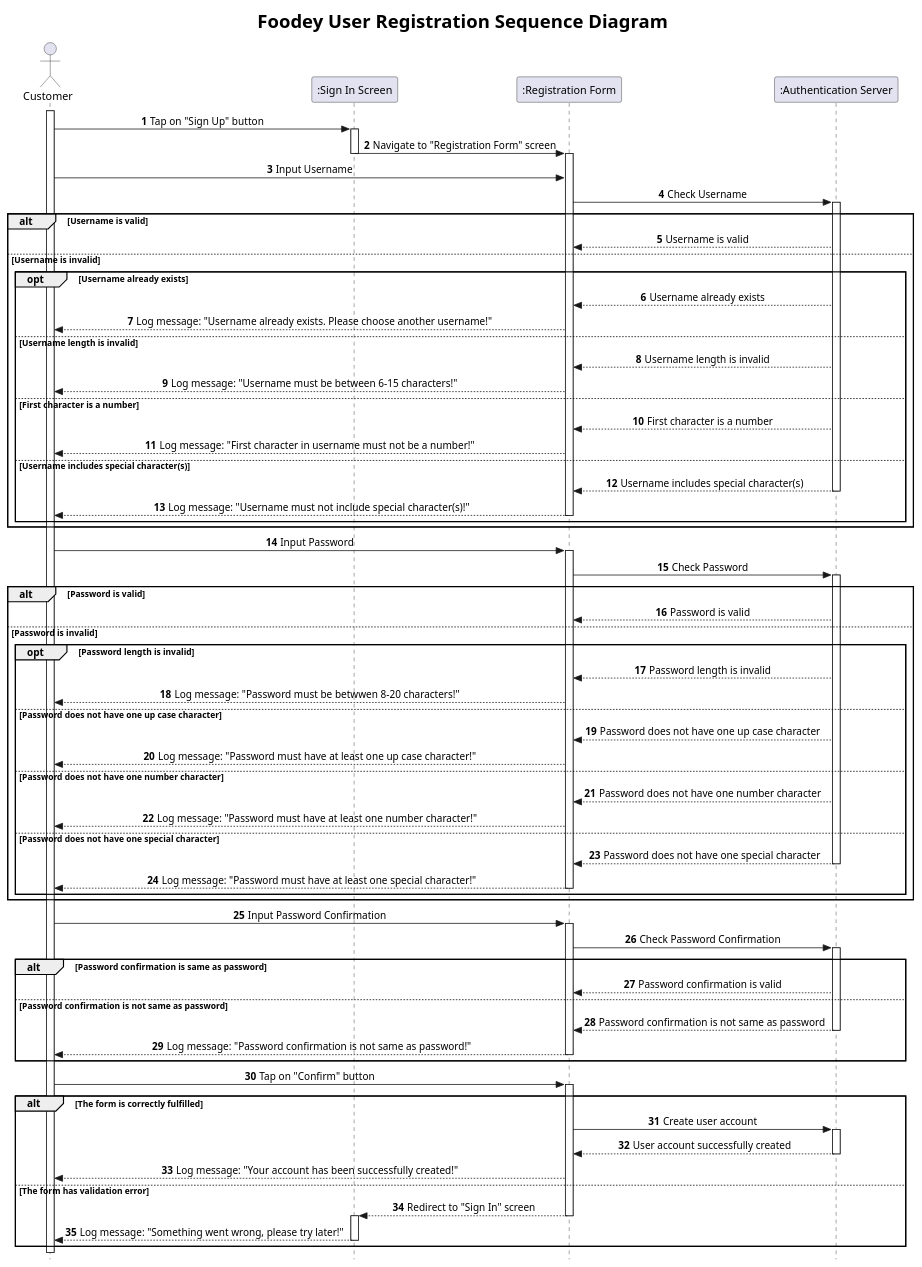
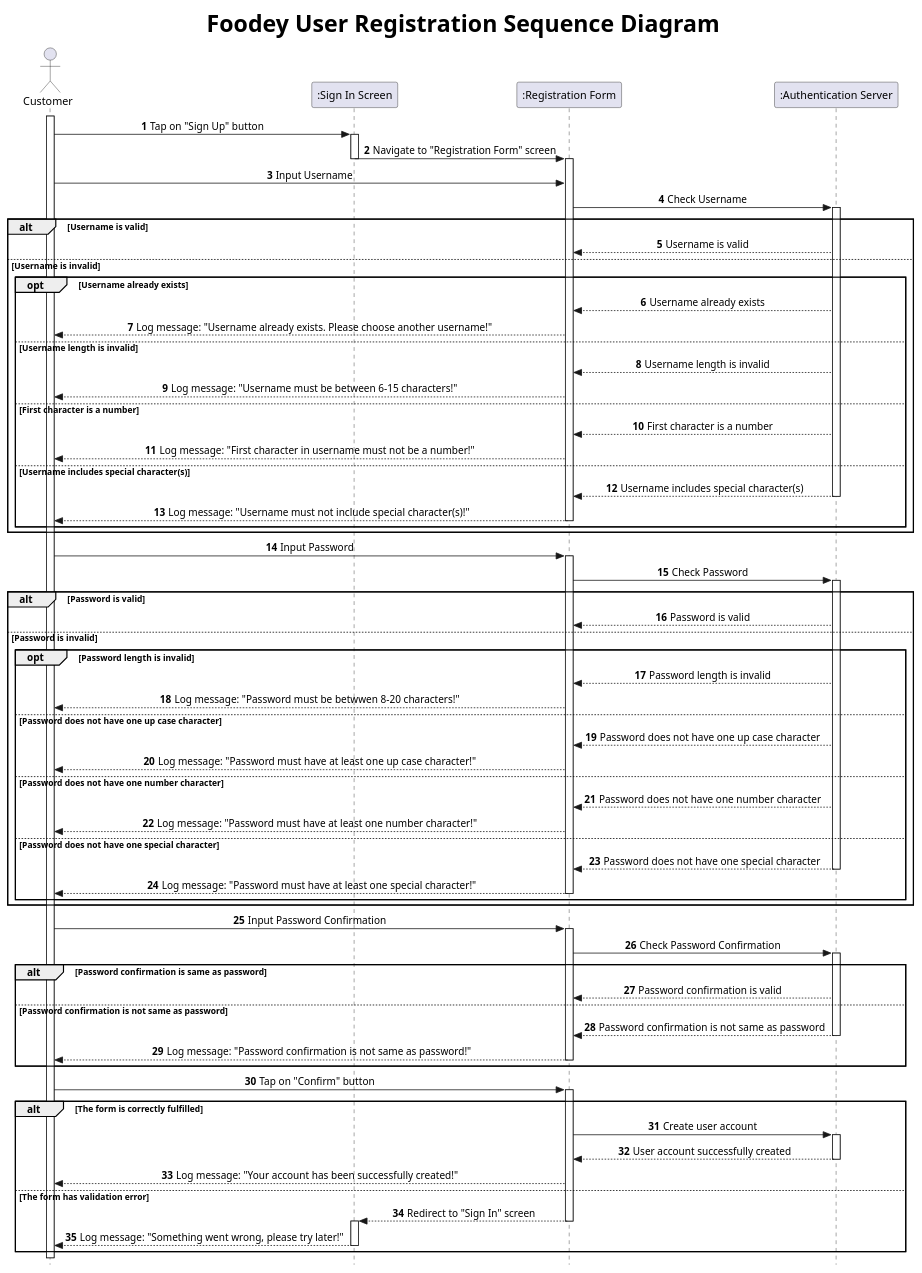
One commit to ledoantantri/SE357-Pratice-class changed the diagram in Lab 1/Lab 1.2/sequence.wsd. Above: the diagram before and after it, drawn with PlantUML. The commit also changed 1 other file, not shown here.

Commit message:
change title size from 24 to 30

```diff
--- a/Lab 1/Lab 1.2/sequence.wsd
+++ b/Lab 1/Lab 1.2/sequence.wsd
@@ -1,107 +1,107 @@
 @startuml Foodey_sequence_Registration
 
-title <size: 24> Foodey User Registration Sequence Diagram
+title <size: 30> Foodey User Registration Sequence Diagram
 
 skinparam Style strictuml
 skinparam sequenceMessageAlign center
 
 actor "Customer" as Cm
 participant ":Sign In Screen" as SI
 participant ":Registration Form" as RF
 participant ":Authentication Server" as AS
 
 autonumber
 
 activate Cm
 Cm -> SI: Tap on "Sign Up" button
 activate SI
 SI -> RF: Navigate to "Registration Form" screen
 deactivate SI
 
 activate RF
 
 '=============== Username ==============='
 Cm -> RF: Input Username
 RF -> AS: Check Username
 activate AS
 
 alt Username is valid
     AS --> RF: Username is valid
 else Username is invalid
     opt Username already exists
         AS --> RF: Username already exists
         RF --> Cm: Log message: "Username already exists. Please choose another username!"
     else Username length is invalid
         AS --> RF: Username length is invalid
         RF --> Cm: Log message: "Username must be between 6-15 characters!"
     else First character is a number
         AS --> RF: First character is a number
         RF --> Cm: Log message: "First character in username must not be a number!"
     else Username includes special character(s)
         AS --> RF: Username includes special character(s)
         deactivate AS
         RF --> Cm: Log message: "Username must not include special character(s)!"
         deactivate RF
     end
 end
 
 
 '=============== Password ==============='
 Cm -> RF: Input Password
 activate RF
 RF -> AS: Check Password
 activate AS
 
 alt Password is valid
     AS --> RF: Password is valid
 else Password is invalid
     opt Password length is invalid
         AS --> RF: Password length is invalid
         RF --> Cm: Log message: "Password must be betwwen 8-20 characters!"
     else Password does not have one up case character
         AS --> RF: Password does not have one up case character
         RF --> Cm: Log message: "Password must have at least one up case character!"
     else Password does not have one number character
         AS --> RF: Password does not have one number character
         RF --> Cm: Log message: "Password must have at least one number character!"
     else Password does not have one special character
         AS --> RF: Password does not have one special character
         deactivate AS
         RF --> Cm: Log message: "Password must have at least one special character!"
         deactivate RF
     end
 end
 
 '=============== Password Confirmation ==============='
 Cm -> RF: Input Password Confirmation
 activate RF
 RF -> AS: Check Password Confirmation
 activate AS
 
 alt Password confirmation is same as password
     AS --> RF: Password confirmation is valid
 else Password confirmation is not same as password
     AS --> RF: Password confirmation is not same as password
     deactivate AS
     RF --> Cm: Log message: "Password confirmation is not same as password!"
         deactivate RF
 end
 
 '=============== Confirm Registration Form ==============='
 Cm -> RF: Tap on "Confirm" button
 activate RF
 
 alt The form is correctly fulfilled
     RF -> AS: Create user account
     activate AS
     AS --> RF: User account successfully created
     deactivate AS
     RF --> Cm: Log message: "Your account has been successfully created!"
 else The form has validation error 
     RF --> SI: Redirect to "Sign In" screen
     deactivate RF
     activate SI
     SI --> Cm: Log message: "Something went wrong, please try later!"
     deactivate SI
 end
 @enduml
```
